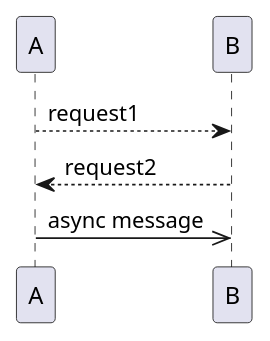
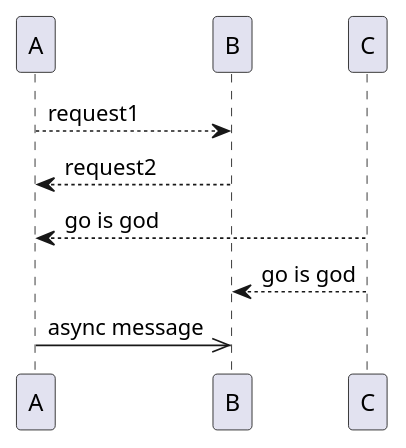
One commit to w22054/-w22054-10- changed the diagram in sequence.pu. Above: the diagram before and after it, drawn with PlantUML.

Commit message:
Cの追加

```diff
--- a/sequence.pu
+++ b/sequence.pu
@@ -1,5 +1,7 @@
 @startuml
 A-->B:request1
 B-->A:request2
+C-->A:go is god
+C-->B:go is god
 A->>B:async message
 @enduml
```
